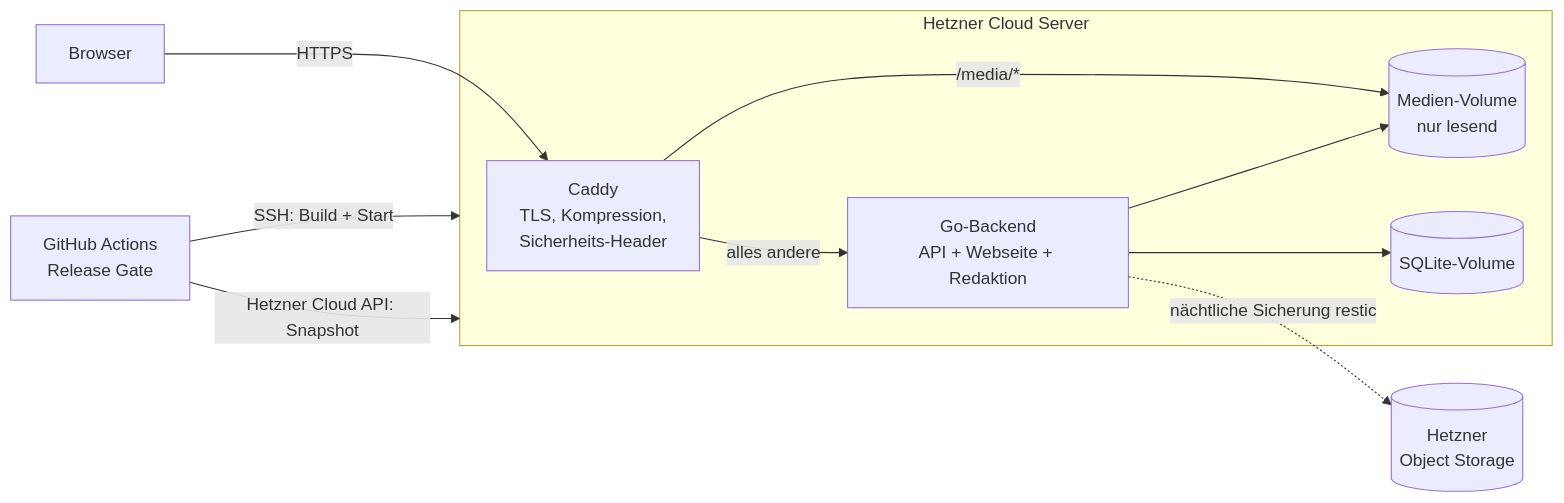
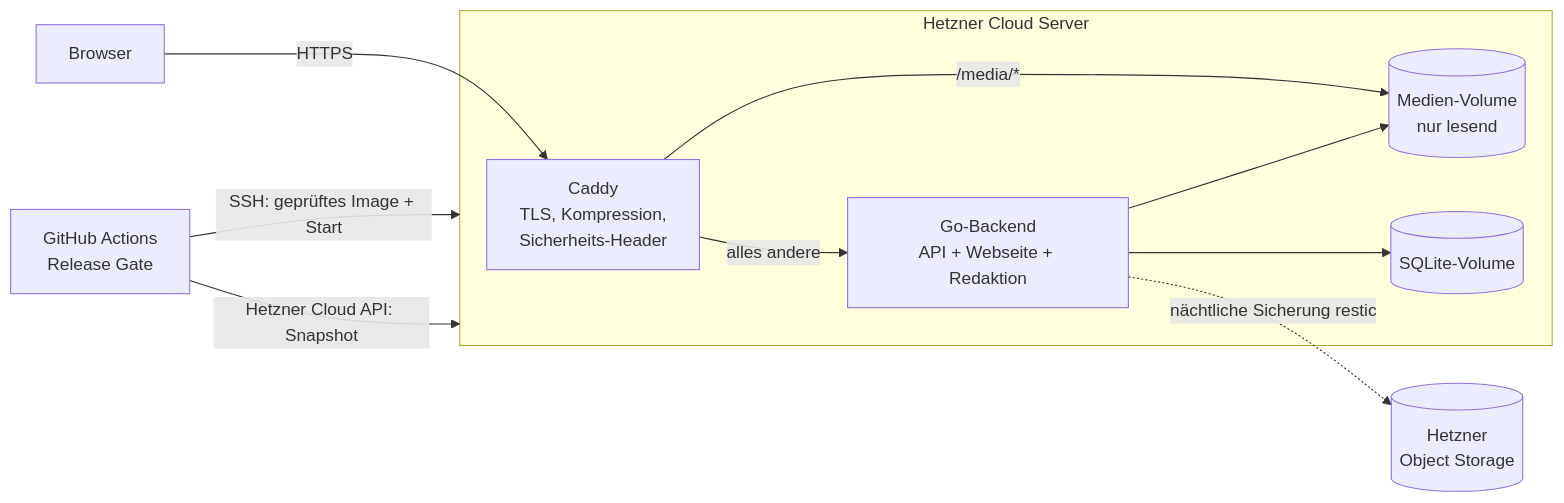
The first of 2 diagrams in ARCHITECTURE.md (MarvinJakob/KIPerspektiven), drawn with Mermaid before and after one commit. The commit also changed other lines of this file and 27 other files, not shown here.

````diff
--- a/ARCHITECTURE.md
+++ b/ARCHITECTURE.md
@@ -23,17 +23,17 @@
 ```mermaid
 flowchart LR
     B[Browser] -- HTTPS --> C[Caddy<br/>TLS, Kompression,<br/>Sicherheits-Header]
     C -- /media/* --> M[(Medien-Volume<br/>nur lesend)]
     C -- alles andere --> G[Go-Backend<br/>API + Webseite + Redaktion]
     G --> D[(SQLite-Volume)]
     G --> M
     subgraph H[Hetzner Cloud Server]
         C
         G
         D
         M
     end
     G -. nächtliche Sicherung restic .-> S[(Hetzner<br/>Object Storage)]
-    GA[GitHub Actions<br/>Release Gate] -- SSH: Build + Start --> H
+    GA[GitHub Actions<br/>Release Gate] -- SSH: geprüftes Image + Start --> H
     GA -- Hetzner Cloud API: Snapshot --> H
 ```
````
